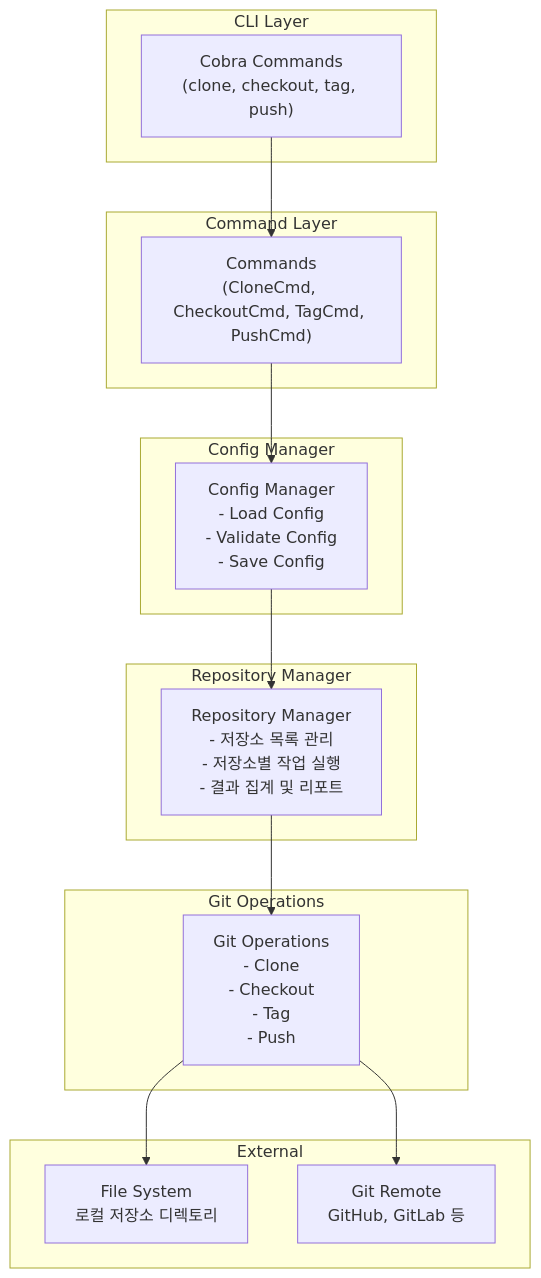
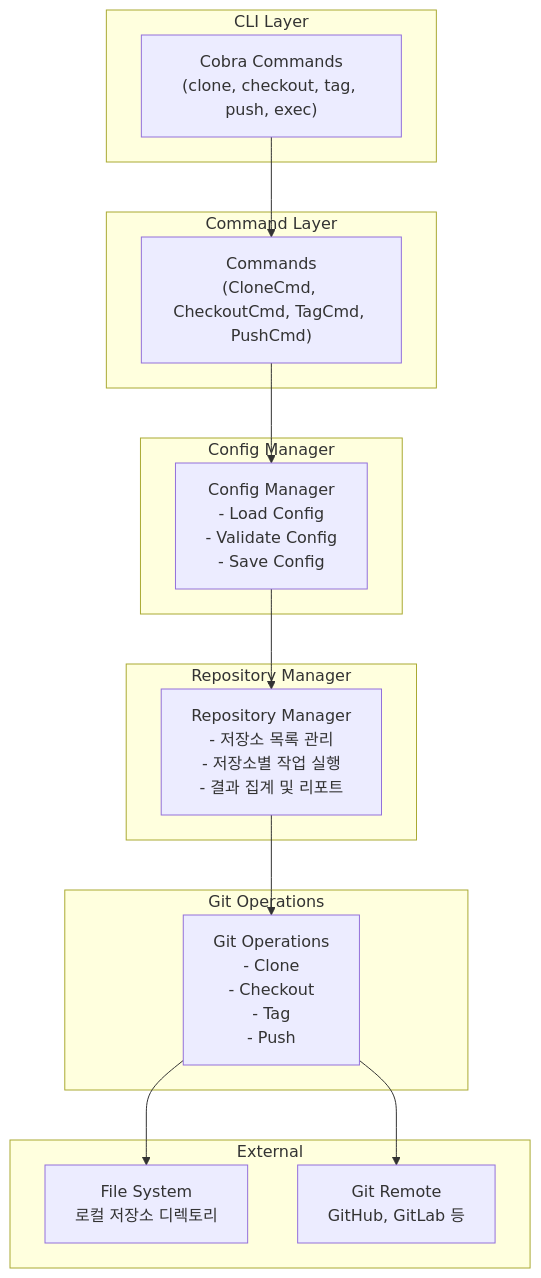
One commit to alexgim961101/multi-git changed the first of 2 diagrams in docs/TECH_SPEC.md. Above: the diagram before and after it, drawn with Mermaid. The commit also changed other lines of this file and 3 other files, not shown here.

````diff
--- a/docs/TECH_SPEC.md
+++ b/docs/TECH_SPEC.md
@@ -25,34 +25,34 @@
 ```mermaid
 graph TB
     subgraph CLI["CLI Layer"]
-        Cobra["Cobra Commands<br/>(clone, checkout, tag, push)"]
+        Cobra["Cobra Commands<br/>(clone, checkout, tag, push, exec)"]
     end
     
     subgraph Command["Command Layer"]
         Commands["Commands<br/>(CloneCmd, CheckoutCmd, TagCmd, PushCmd)"]
     end
     
     subgraph ConfigMgr["Config Manager"]
         Config["Config Manager<br/>- Load Config<br/>- Validate Config<br/>- Save Config"]
     end
     
     subgraph RepoMgr["Repository Manager"]
         Repo["Repository Manager<br/>- 저장소 목록 관리<br/>- 저장소별 작업 실행<br/>- 결과 집계 및 리포트"]
     end
     
     subgraph GitOps["Git Operations"]
         Git["Git Operations<br/>- Clone<br/>- Checkout<br/>- Tag<br/>- Push"]
     end
     
     subgraph External["External"]
         FileSystem["File System<br/>로컬 저장소 디렉토리"]
         GitRemote["Git Remote<br/>GitHub, GitLab 등"]
     end
     
     Cobra --> Commands
     Commands --> Config
     Config --> Repo
     Repo --> Git
     Git --> FileSystem
     Git --> GitRemote
 ```
````
